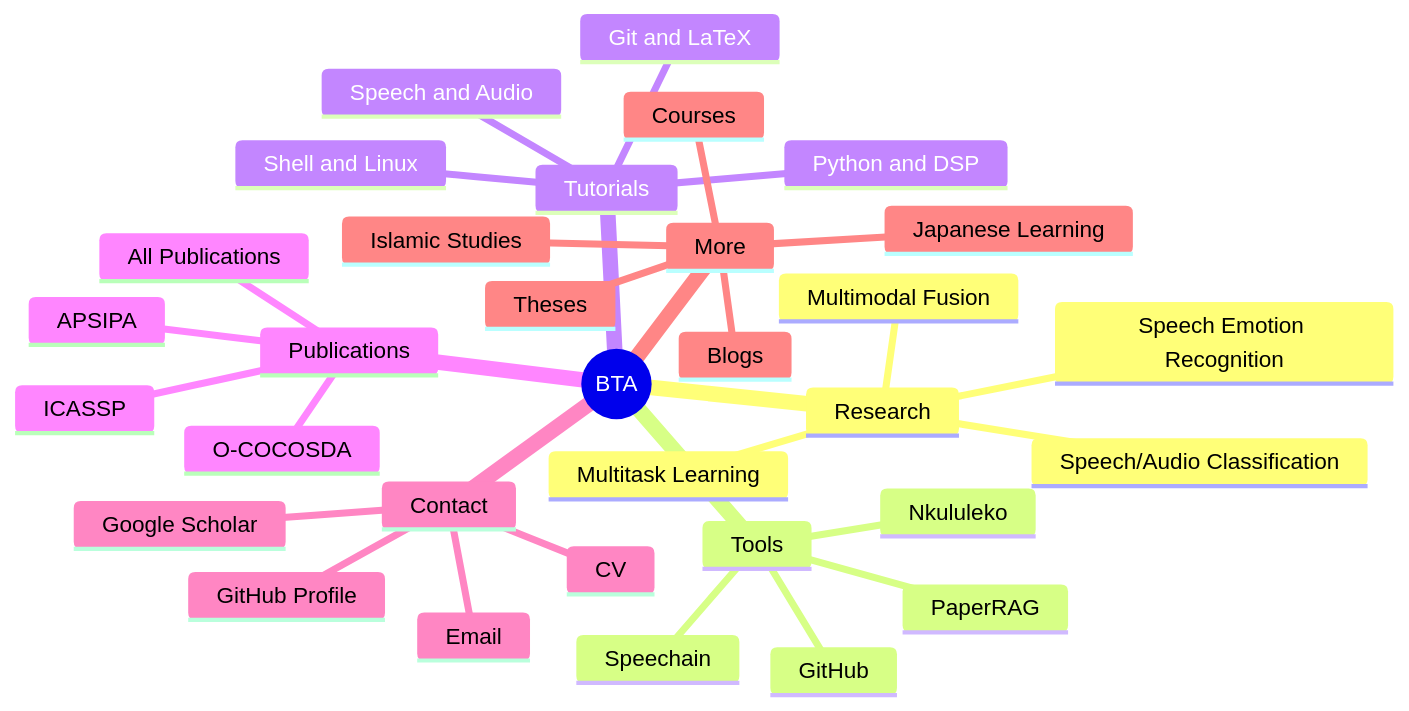
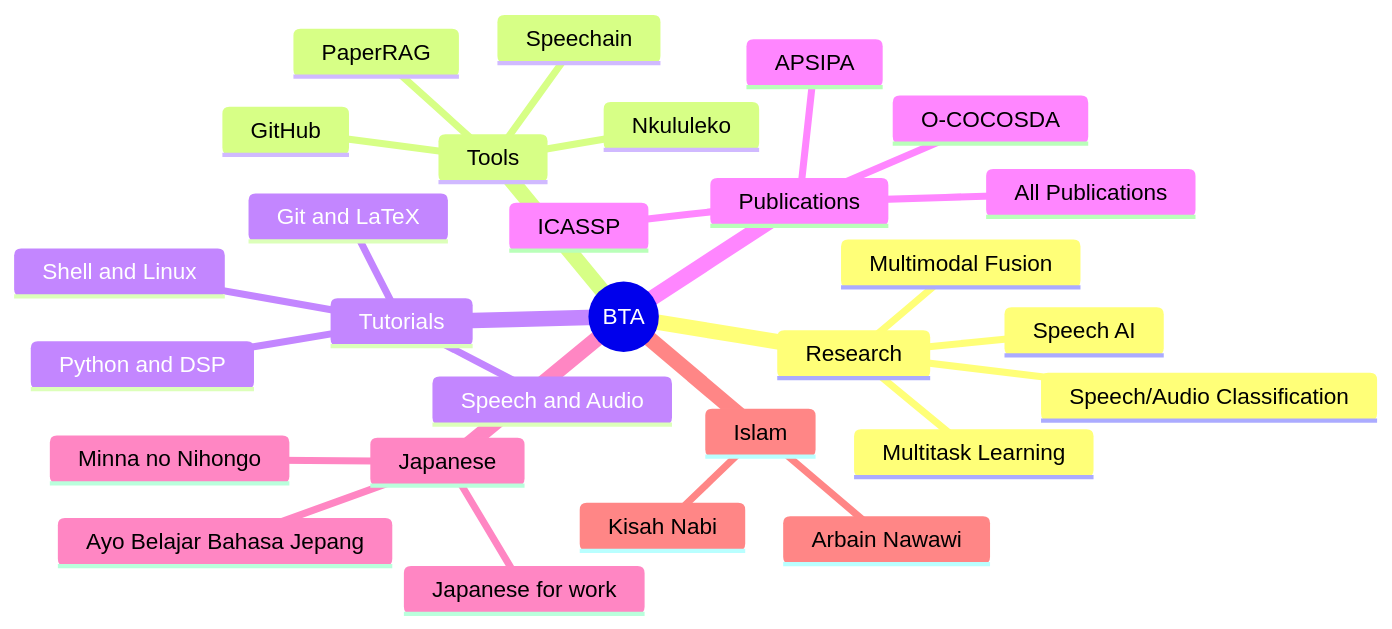
The diagram in _pages/about.md (bagustris/bagustris.github.io), drawn with Mermaid before and after one commit. The commit also changed other lines of this file, not shown here.

```diff
--- a/_pages/about.md
+++ b/_pages/about.md
@@ -17,35 +17,31 @@
 <pre class="mermaid">
 mindmap
   root((BTA))
     Research
-      Speech Emotion Recognition
+      Speech AI
       Multimodal Fusion
       Multitask Learning
       Speech/Audio Classification  
     Tools
       Nkululeko
       Speechain
       PaperRAG
       GitHub
     Tutorials
       Shell and Linux
       Python and DSP
       Speech and Audio
       Git and LaTeX
     Publications
       ICASSP
       O-COCOSDA  
       APSIPA
       All Publications
-    Contact
-      Email
-      GitHub Profile
-      Google Scholar
-      CV
-    More
-      Courses
-      Theses
-      Japanese Learning
-      Islamic Studies
-      Blogs
+    Japanese
+      Ayo Belajar Bahasa Jepang
+      Minna no Nihongo
+      Japanese for work
+    Islam
+      Kisah Nabi 
+      Arbain Nawawi
 </pre>
```
